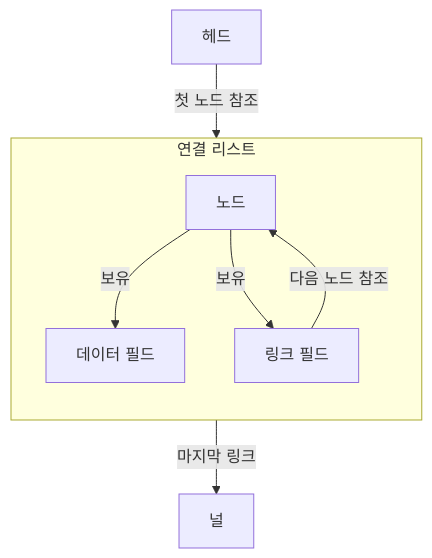
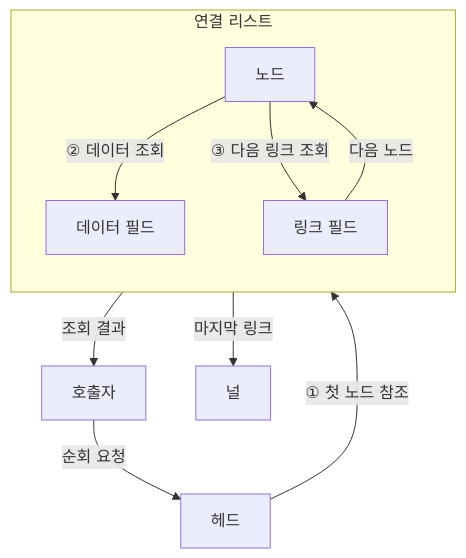
One commit to agnusdei1207/knowledge-base changed the first of 2 diagrams in src/content/docs/notes/01-basic-theory/006_linked_list.md. Above: the diagram before and after it, drawn with Mermaid. The commit also changed other lines of this file and 6 other files, not shown here.

````diff
--- a/src/content/docs/notes/01-basic-theory/006_linked_list.md
+++ b/src/content/docs/notes/01-basic-theory/006_linked_list.md
@@ -64,15 +59,18 @@
 ```mermaid
 flowchart TB
+    Q[호출자]
     H[헤드]
     subgraph LL[연결 리스트]
         direction TB
         N[노드]
         D[데이터 필드]
         L[링크 필드]
-        N -->|보유| D
-        N -->|보유| L
-        L -->|다음 노드 참조| N
+        N -->|② 데이터 조회| D
+        N -->|③ 다음 링크 조회| L
+        L -->|다음 노드| N
     end
-    H -->|첫 노드 참조| N
+    Q -->|순회 요청| H
+    H -->|① 첫 노드 참조| N
     L -->|마지막 링크| Z[널]
+    N -->|조회 결과| Q
 ```
````
